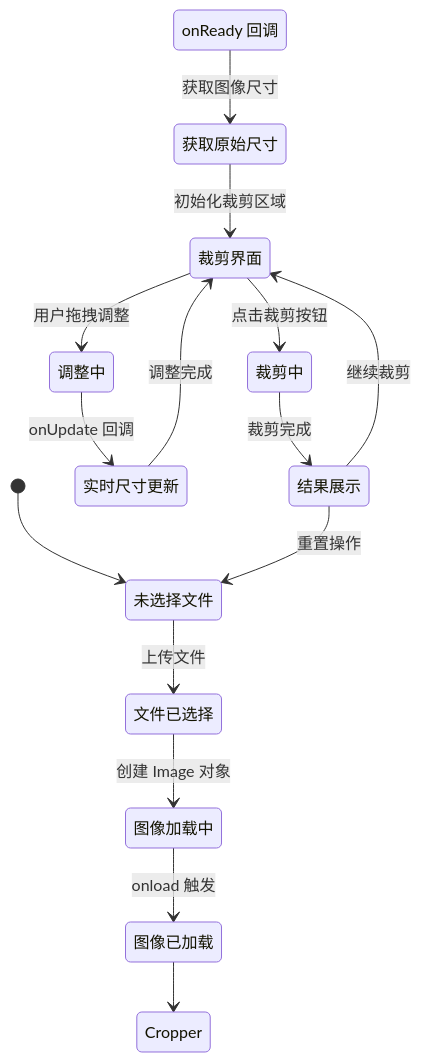
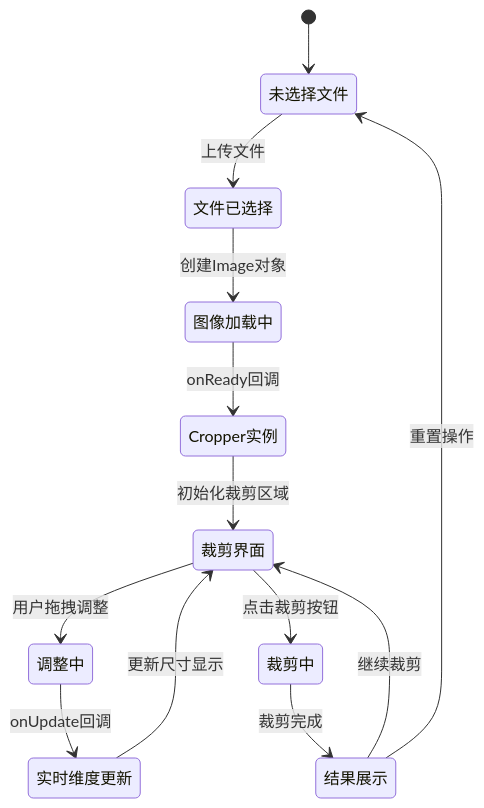
One commit to sgyy/privadeck changed the eighth of 12 diagrams in .qoder/repowiki/zh/content/图像工具/图像裁剪.md. Above: the diagram before and after it, drawn with Mermaid. The commit also changed other lines of this file and 23 other files, not shown here.

````diff
--- a/.qoder/repowiki/zh/content/图像工具/图像裁剪.md
+++ b/.qoder/repowiki/zh/content/图像工具/图像裁剪.md
@@ -356,17 +359,15 @@
 ```mermaid
 stateDiagram-v2
 [*] --> 未选择文件
 未选择文件 --> 文件已选择 : 上传文件
-文件已选择 --> 图像加载中 : 创建 Image 对象
-图像加载中 --> 图像已加载 : onload 触发
-图像已加载 --> Cropper 初始化 : onReady 回调
-Cropper 初始化 --> 获取原始尺寸 : 获取图像尺寸
-获取原始尺寸 --> 裁剪界面 : 初始化裁剪区域
+文件已选择 --> 图像加载中 : 创建Image对象
+图像加载中 --> Cropper实例 : onReady回调
+Cropper实例 --> 裁剪界面 : 初始化裁剪区域
 裁剪界面 --> 调整中 : 用户拖拽调整
-调整中 --> 实时尺寸更新 : onUpdate 回调
-实时尺寸更新 --> 裁剪界面 : 调整完成
+调整中 --> 实时维度更新 : onUpdate回调
+实时维度更新 --> 裁剪界面 : 更新尺寸显示
 裁剪界面 --> 裁剪中 : 点击裁剪按钮
 裁剪中 --> 结果展示 : 裁剪完成
 结果展示 --> 裁剪界面 : 继续裁剪
 结果展示 --> 未选择文件 : 重置操作
 ```
````
